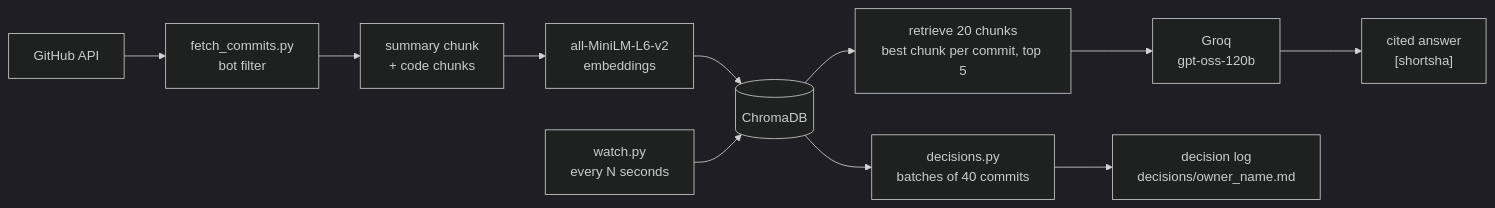
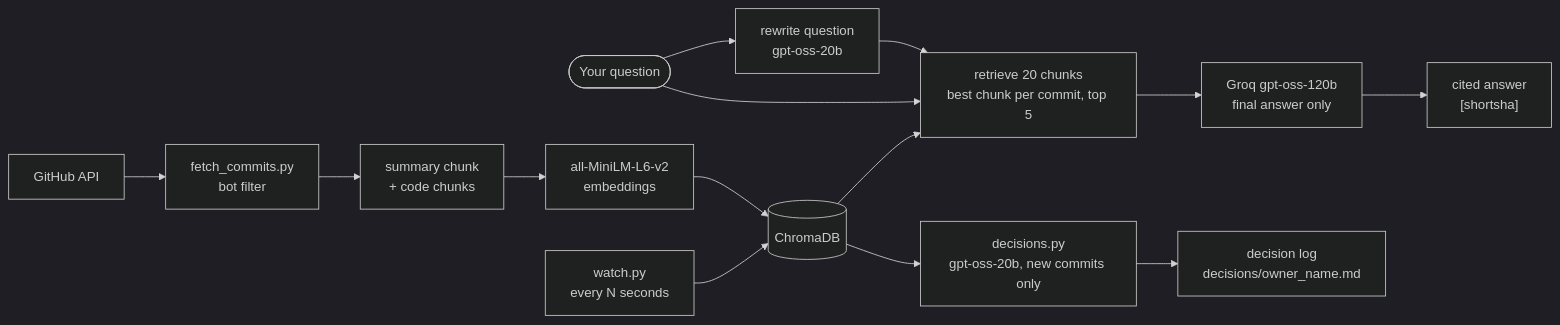
The diagram in README.md (borahliza101/repo-memory), drawn with Mermaid (dark theme) before and after one commit. The commit also changed other lines of this file and 1 other file, not shown here.

````diff
--- a/README.md
+++ b/README.md
@@ -30,13 +30,16 @@
 ```mermaid
 flowchart LR
     GH[GitHub API] --> F["fetch_commits.py<br/>bot filter"]
     F --> S["summary chunk<br/>+ code chunks"]
     S --> M["all-MiniLM-L6-v2<br/>embeddings"]
     M --> DB[(ChromaDB)]
-    DB --> R["retrieve 20 chunks<br/>best chunk per commit, top 5"]
-    R --> G["Groq<br/>gpt-oss-120b"]
+    U([Your question]) --> RQ["rewrite question<br/>gpt-oss-20b"]
+    RQ --> R["retrieve 20 chunks<br/>best chunk per commit, top 5"]
+    U --> R
+    DB --> R
+    R --> G["Groq gpt-oss-120b<br/>final answer only"]
     G --> A["cited answer<br/>[shortsha]"]
     W["watch.py<br/>every N seconds"] --> DB
-    DB --> D["decisions.py<br/>batches of 40 commits"]
+    DB --> D["decisions.py<br/>gpt-oss-20b, new commits only"]
     D --> L["decision log<br/>decisions/owner_name.md"]
 ```
````
